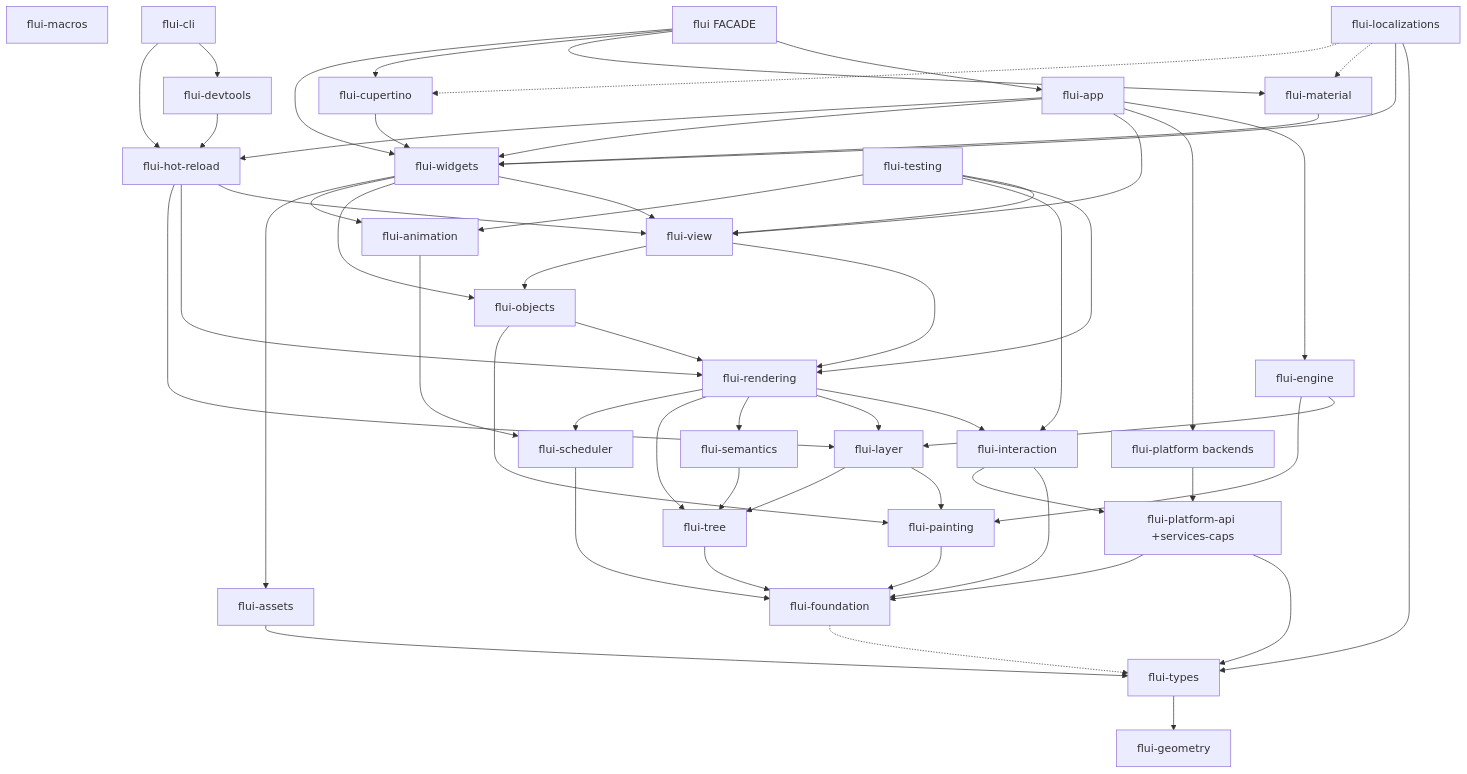
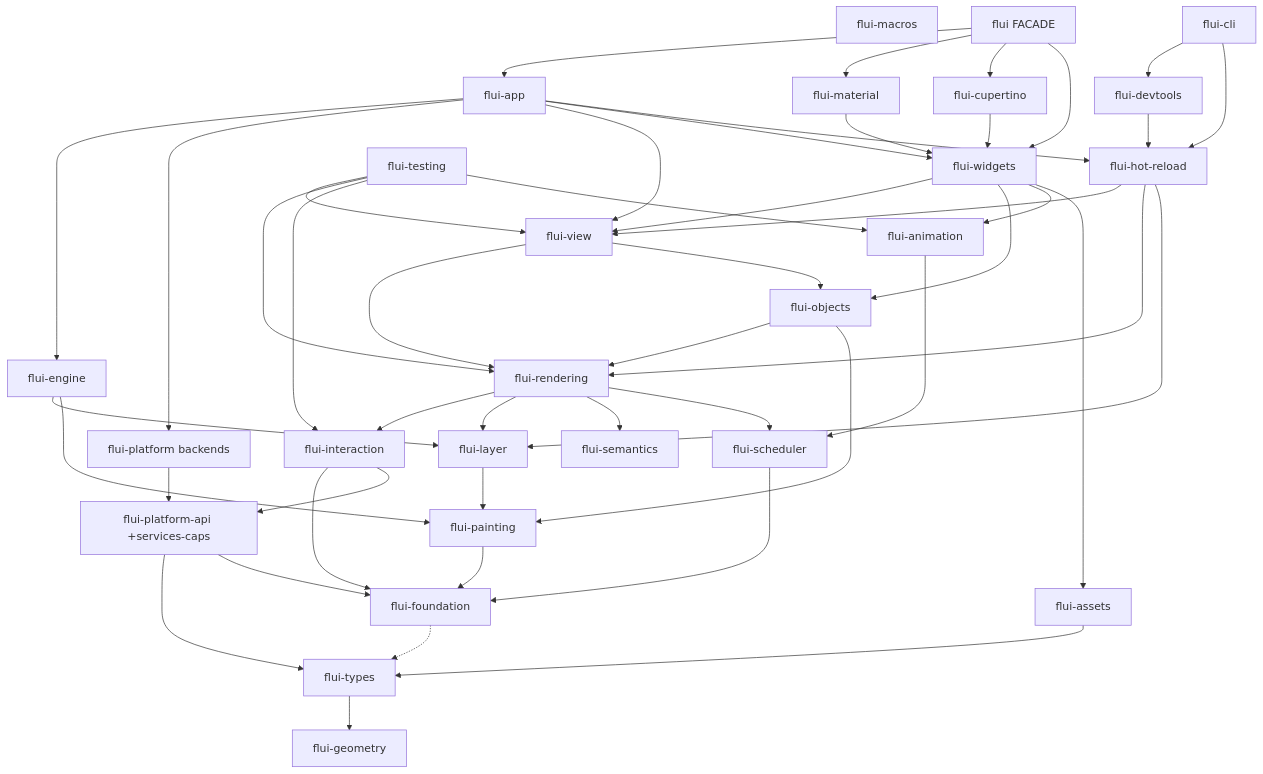
The diagram in docs/FOUNDATIONS.md (vanyastaff/flui), drawn with Mermaid before and after one commit. The commit also changed other lines of this file and 230 other files, not shown here.

First line of the commit message:
workspace: delete flui-tree and flui-localizations (#1324)

```diff
--- a/docs/FOUNDATIONS.md
+++ b/docs/FOUNDATIONS.md
@@ -167,7 +167,6 @@
     types[flui-types]
     foundation[flui-foundation]
     macros[flui-macros]
-    tree[flui-tree]
     platformapi[flui-platform-api +services-caps]
     platform[flui-platform backends]
     scheduler[flui-scheduler]
@@ -186,7 +185,6 @@
     hotreload[flui-hot-reload]
     widgets[flui-widgets]
     testing[flui-testing]
-    l10n[flui-localizations]
     material[flui-material]
     cupertino[flui-cupertino]
     app[flui-app]
@@ -194,7 +192,6 @@
 
     types --> geometry
     foundation -.-> types
-    tree --> foundation
     platformapi --> types
     platformapi --> foundation
     platform --> platformapi
@@ -203,16 +200,13 @@
     interaction --> foundation
     interaction --> platformapi
     assets --> types
-    semantics --> tree
     layer --> painting
-    layer --> tree
     animation --> scheduler
     engine --> layer
     engine --> painting
     rendering --> interaction
     rendering --> layer
     rendering --> semantics
-    rendering --> tree
     rendering --> scheduler
     objects --> rendering
     objects --> painting
@@ -231,10 +225,6 @@
     hotreload --> layer
     material --> widgets
     cupertino --> widgets
-    l10n --> types
-    l10n --> widgets
-    l10n -.-> material
-    l10n -.-> cupertino
     app --> engine
     app --> platform
     app --> view
```
